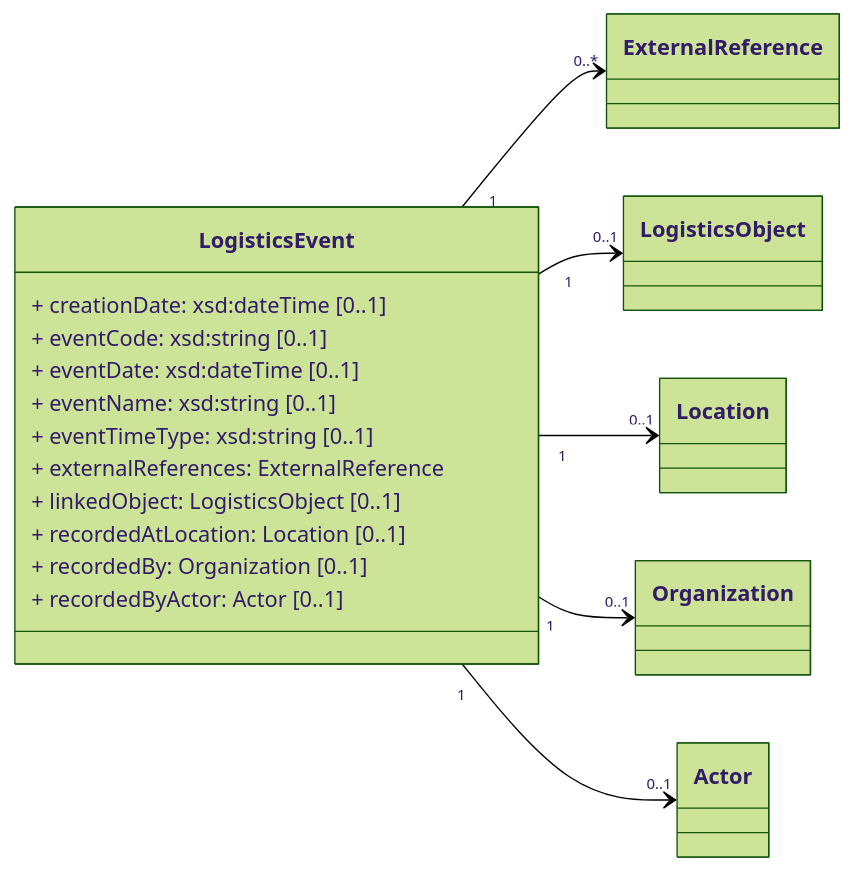
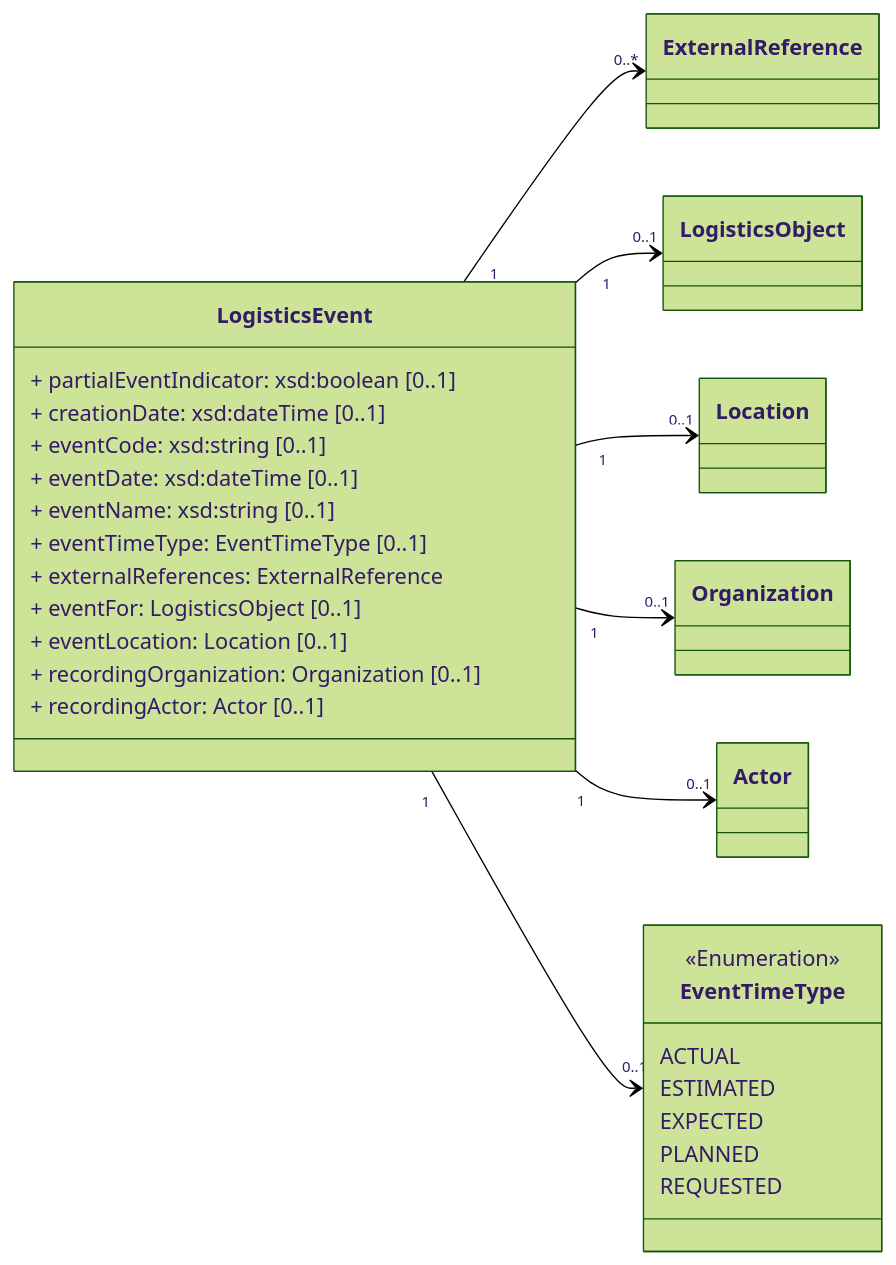
The first of 2 diagrams in working_draft/API/docs/logistics-events.md (IATA-Cargo/ONE-Record), drawn with Mermaid (forest theme) before and after one commit. The commit also changed other lines of this file and 4 other files, not shown here.

````diff
--- a/working_draft/API/docs/logistics-events.md
+++ b/working_draft/API/docs/logistics-events.md
@@ -47,38 +47,49 @@
 ```mermaid
 classDiagram   
     direction LR   
 
     class LogisticsObject{                
     }
 
     class Actor{        
     }  
 
     class Organization{            
     }  
 
     class Location{        
     }  
 
     class ExternalReference{        
     }  
     
+    class EventTimeType{   
+        <<Enumeration>>
+        ACTUAL
+        ESTIMATED
+        EXPECTED
+        PLANNED
+        REQUESTED   
+    }  
+
     class LogisticsEvent{
+        + partialEventIndicator: xsd:boolean [0..1]
         + creationDate: xsd:dateTime [0..1]
         + eventCode: xsd:string [0..1]
         + eventDate: xsd:dateTime [0..1]
         + eventName: xsd:string [0..1]
-        + eventTimeType: xsd:string [0..1]
-        + externalReferences: ExternalReference
-        + linkedObject: LogisticsObject [0..1]
-        + recordedAtLocation: Location [0..1]
-        + recordedBy: Organization [0..1]
-        + recordedByActor: Actor [0..1]
+        + eventTimeType: EventTimeType [0..1]
+        + externalReferences: ExternalReference 
+        + eventFor: LogisticsObject [0..1]
+        + eventLocation: Location [0..1]
+        + recordingOrganization: Organization [0..1]
+        + recordingActor: Actor [0..1]
 
     }
     LogisticsEvent "1" --> "0..*" ExternalReference
     LogisticsEvent "1" --> "0..1" LogisticsObject
     LogisticsEvent "1" --> "0..1" Location
     LogisticsEvent "1" --> "0..1" Organization
     LogisticsEvent "1" --> "0..1" Actor
+    LogisticsEvent "1" --> "0..1" EventTimeType
 ```
````
